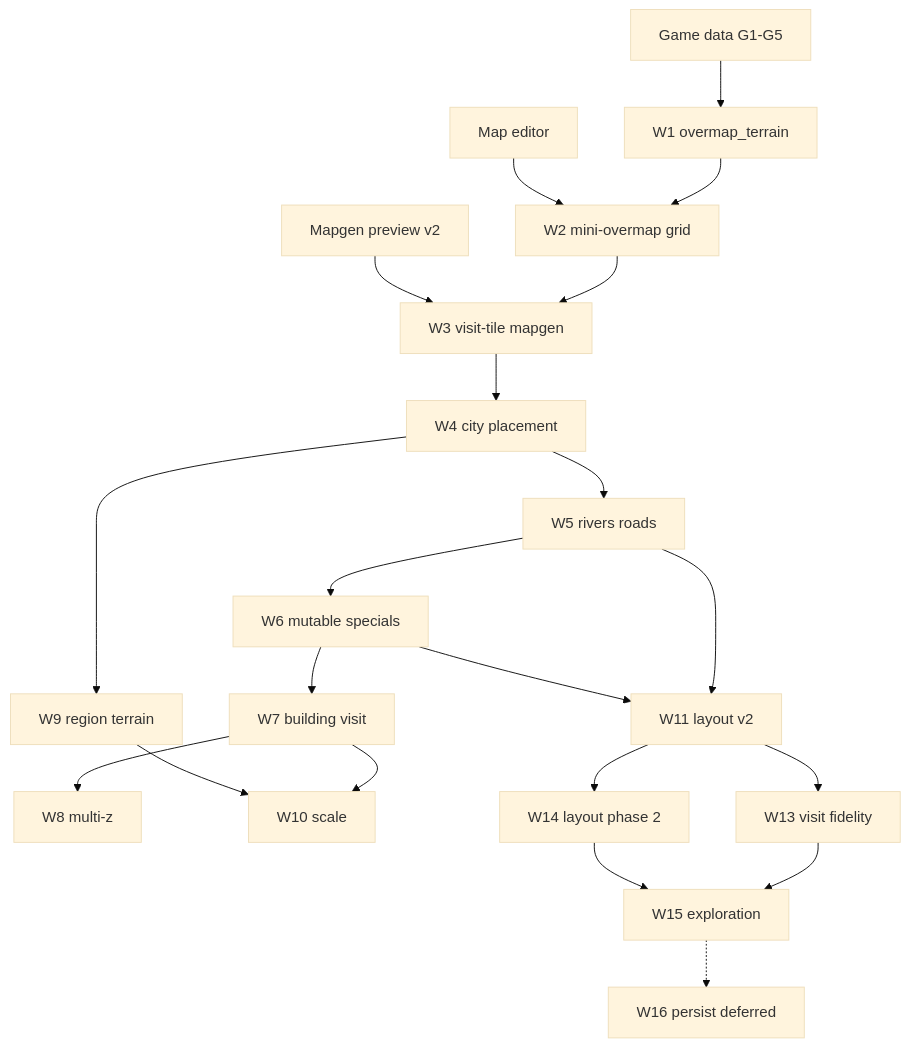
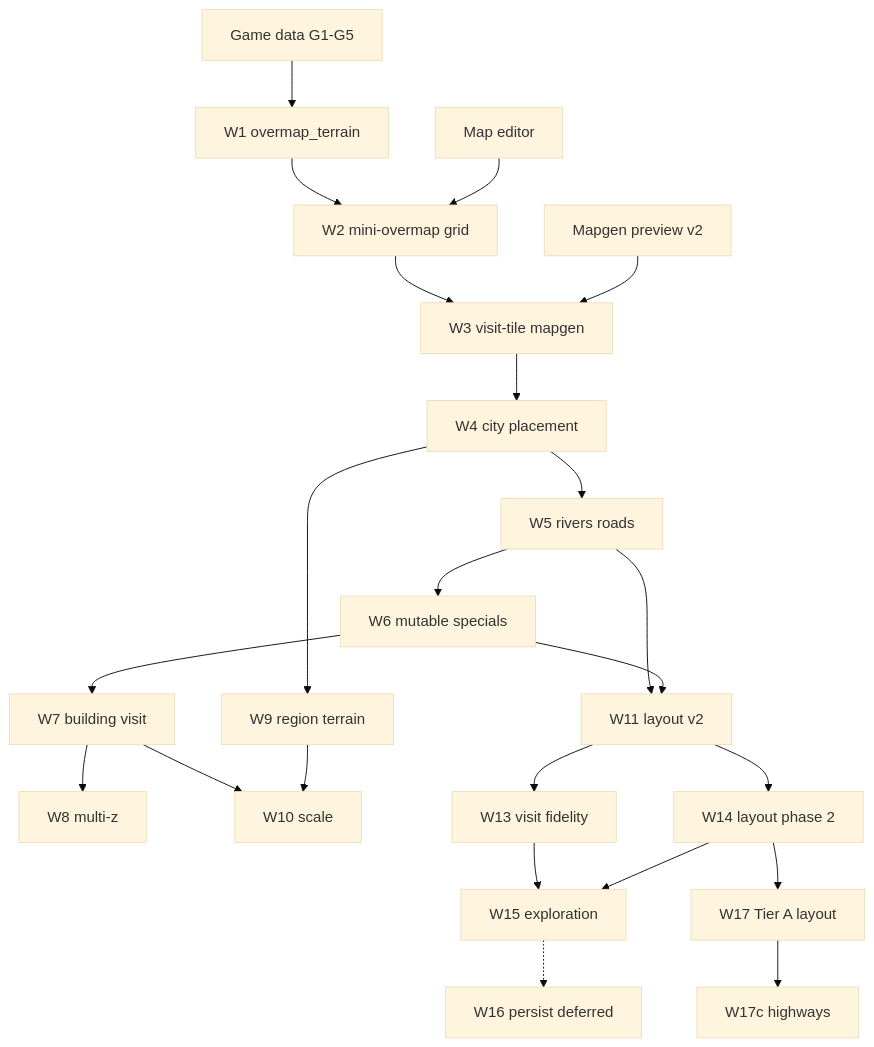
The diagram in docs/worldgen/README.md (SOS-Games/Cataclysm-BN-nextgen), drawn with Mermaid (base theme) before and after one commit. The commit also changed other lines of this file and 73 other files, not shown here.

````diff
--- a/docs/worldgen/README.md
+++ b/docs/worldgen/README.md
@@ -100,26 +113,29 @@
 ```mermaid
 flowchart TD
     W1[W1 overmap_terrain] --> W2[W2 mini-overmap grid]
     W2 --> W3[W3 visit-tile mapgen]
     W3 --> W4[W4 city placement]
     W4 --> W5[W5 rivers roads]
     W5 --> W6[W6 mutable specials]
 
     W6 --> W7[W7 building visit]
     W7 --> W8[W8 multi-z]
     W7 --> W10[W10 scale]
     W4 --> W9[W9 region terrain]
     W9 --> W10
     W5 --> W11[W11 layout v2]
     W6 --> W11
 
     W11 --> W13[W13 visit fidelity]
     W11 --> W14[W14 layout phase 2]
     W13 --> W15[W15 exploration]
     W14 --> W15
     W15 -.-> W16[W16 persist deferred]
 
+    W14 --> W17[W17 Tier A layout]
+    W17 --> W17c[W17c highways]
+
     MP[Mapgen preview v2] --> W3
     GD[Game data G1-G5] --> W1
     ME[Map editor] --> W2
 ```
````
